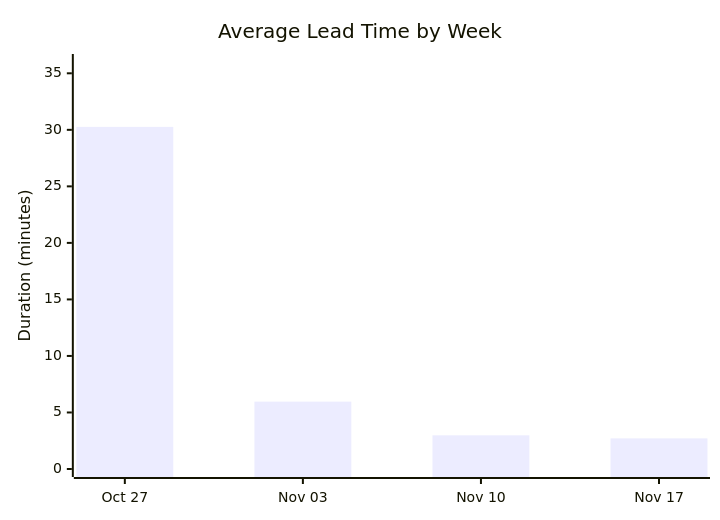
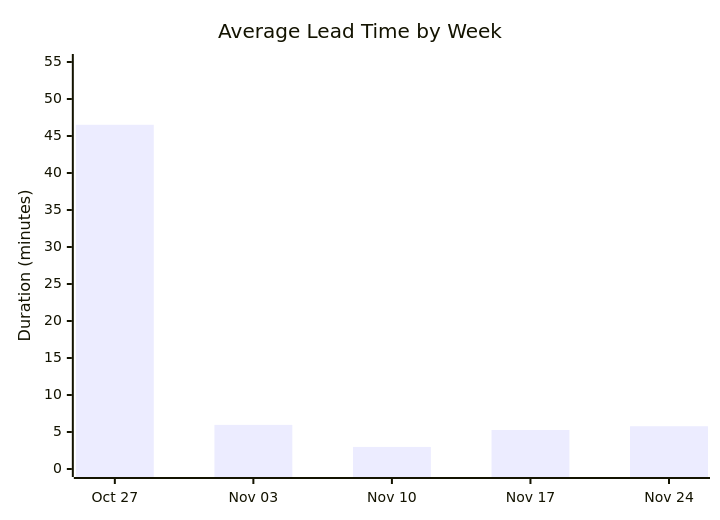
One commit to ukma-cs-ssdm-2025/rate-ukma changed the second of 4 diagrams in docs/ci-cd/dora-summary.md. Above: the diagram before and after it, drawn with Mermaid. The commit also changed other lines of this file, not shown here.

````diff
--- a/docs/ci-cd/dora-summary.md
+++ b/docs/ci-cd/dora-summary.md
@@ -31,7 +30,7 @@
 ```mermaid
 xychart-beta
     title "Average Lead Time by Week"
-    x-axis ["Oct 27", "Nov 03", "Nov 10", "Nov 17"]
-    y-axis "Duration (minutes)" 0 --> 36
-    bar [30.26, 5.96, 2.98, 2.71]
+    x-axis ["Oct 27", "Nov 03", "Nov 10", "Nov 17", "Nov 24"]
+    y-axis "Duration (minutes)" 0 --> 55
+    bar [46.52, 5.96, 2.98, 5.27, 5.78]
 ```
````
